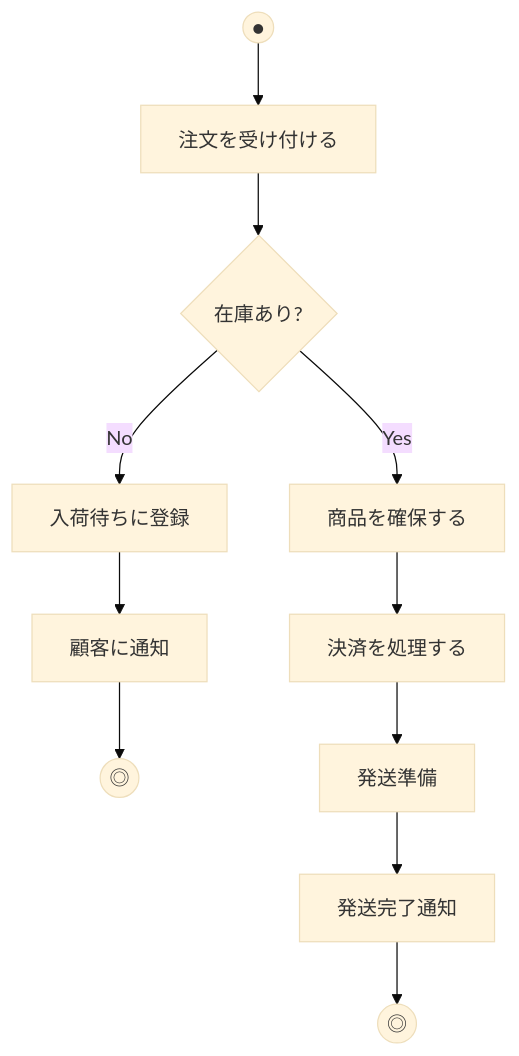
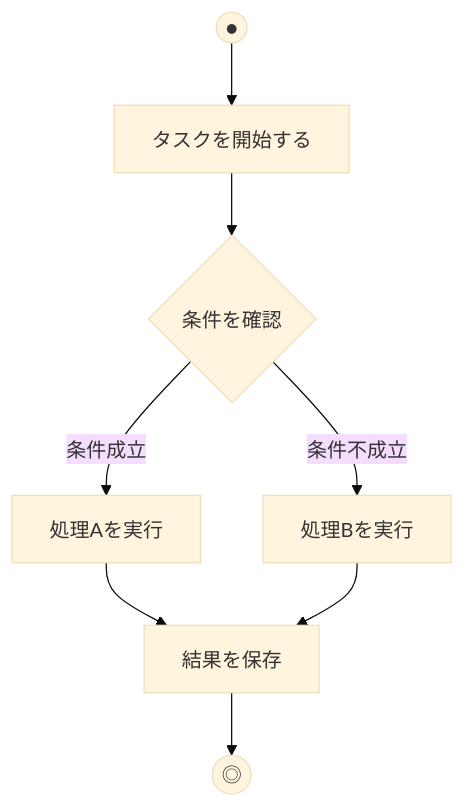
The first of 26 diagrams in blog/2025-11-26-activity-diagram-guide.md (s-tanoue/blog), drawn with Mermaid (base theme) before and after one commit. The commit also changed other lines of this file, not shown here.

First line of the commit message:
docs: アクティビティ図記事をMermaid図で全面改訂

````diff
--- a/blog/2025-11-26-activity-diagram-guide.md
+++ b/blog/2025-11-26-activity-diagram-guide.md
@@ -177,13 +31,10 @@
 ```mermaid
 flowchart TD
-    Start((●)) --> A[注文を受け付ける]
-    A --> B{在庫あり?}
-    B -->|Yes| C[商品を確保する]
-    B -->|No| D[入荷待ちに登録]
-    D --> E[顧客に通知]
-    E --> End1((◎))
-    C --> F[決済を処理する]
-    F --> G[発送準備]
-    G --> H[発送完了通知]
-    H --> End2((◎))
+    Start((●)) --> A[タスクを開始する]
+    A --> B{条件を確認}
+    B -->|条件成立| C[処理Aを実行]
+    B -->|条件不成立| D[処理Bを実行]
+    C --> E[結果を保存]
+    D --> E
+    E --> End((◎))
 ```
````
